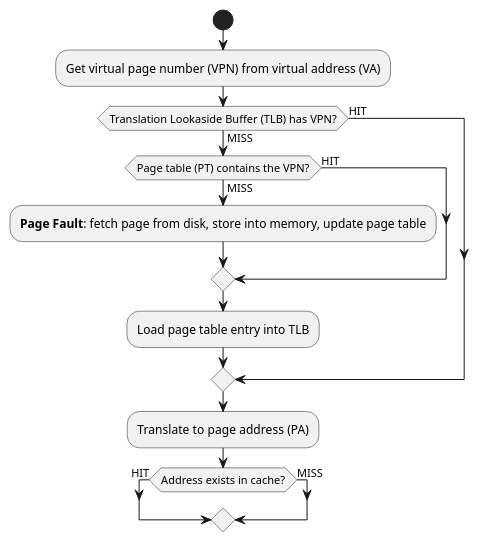
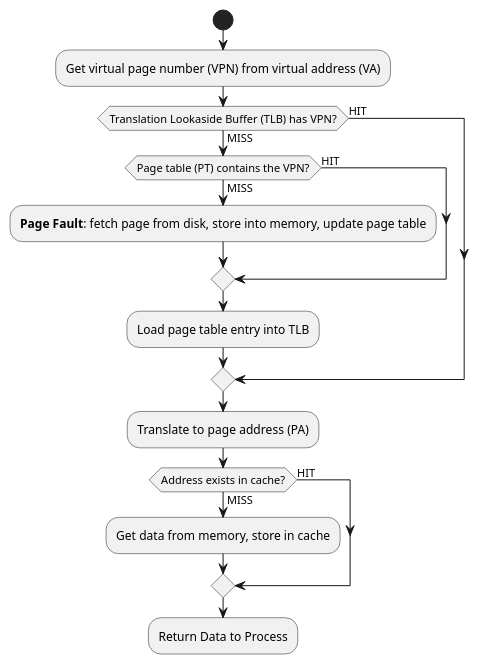
One commit to ashwinreddy/wiki changed the second of 2 diagrams in Computer-Science/Translation lookaside buffer.md. Above: the diagram before and after it, drawn with PlantUML.

Commit message:
Updated Translation lookaside buffer.md (markdown)

```diff
--- a/Computer-Science/Translation lookaside buffer.md
+++ b/Computer-Science/Translation lookaside buffer.md
@@ -24,17 +24,19 @@
 @startuml
 !pragma useVerticalIf on
 start
 :Get virtual page number (VPN) from virtual address (VA);
 if (Translation Lookaside Buffer (TLB) has VPN?) then (HIT)
 else (MISS)
     if (Page table (PT) contains the VPN?) then (HIT)
     else (MISS)
     :**Page Fault**: fetch page from disk, store into memory, update page table;
     endif
     :Load page table entry into TLB;
 endif
 :Translate to page address (PA);
 if (Address exists in cache?) then (HIT)
 else (MISS)
+:Get data from memory, store in cache;
 endif
+:Return Data to Process;
 @enduml
```
